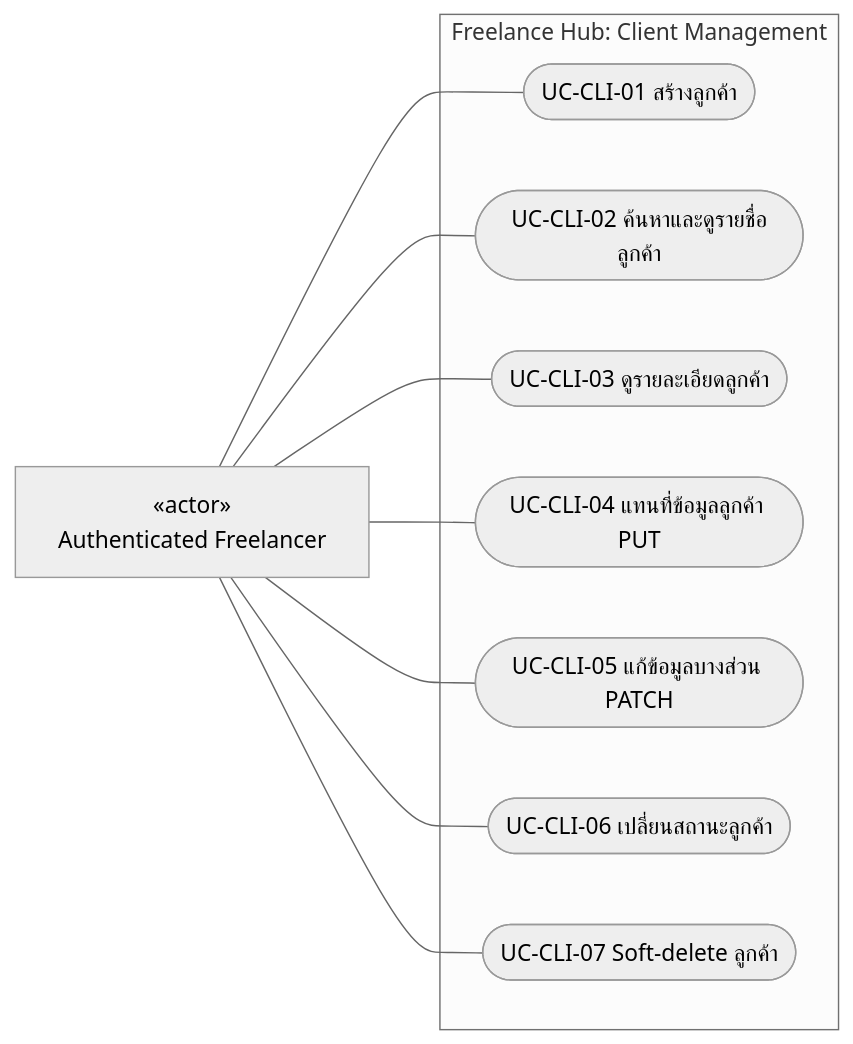
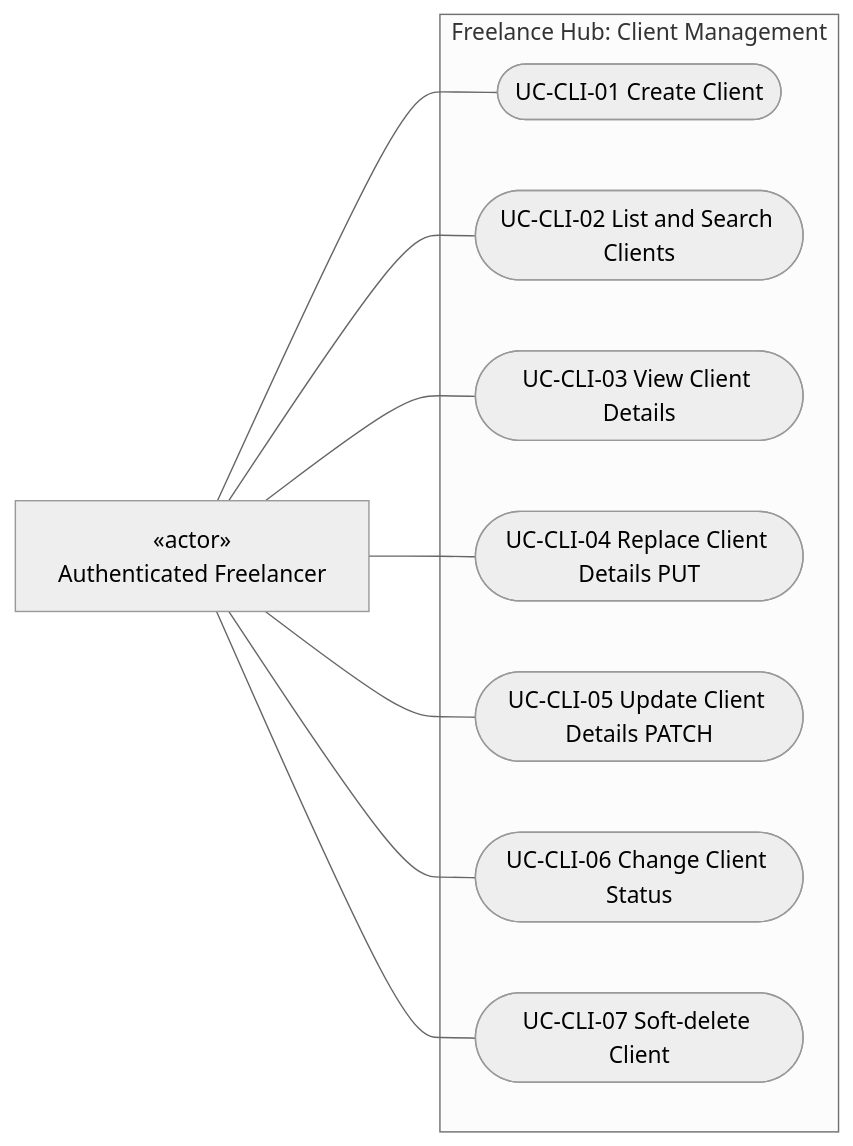
Before and after one commit to lillianxhub/freelance-hub: the second of 5 diagrams in doc/diagrams/use-case-diagram.md, drawn with Mermaid (neutral theme). The commit also changed other lines of this file and 18 other files, not shown here.

Commit message:
docs: sync project documentation, consolidate sequence diagrams and update deployment links

````diff
--- a/doc/diagrams/use-case-diagram.md
+++ b/doc/diagrams/use-case-diagram.md
@@ -44,20 +44,20 @@
 ```mermaid
 flowchart LR
     F["«actor»<br/>Authenticated Freelancer"]
     subgraph CLI["Freelance Hub: Client Management"]
-        C1(["UC-CLI-01 สร้างลูกค้า"])
-        C2(["UC-CLI-02 ค้นหาและดูรายชื่อลูกค้า"])
-        C3(["UC-CLI-03 ดูรายละเอียดลูกค้า"])
-        C4(["UC-CLI-04 แทนที่ข้อมูลลูกค้า PUT"])
-        C5(["UC-CLI-05 แก้ข้อมูลบางส่วน PATCH"])
-        C6(["UC-CLI-06 เปลี่ยนสถานะลูกค้า"])
-        C7(["UC-CLI-07 Soft-delete ลูกค้า"])
+        C1(["UC-CLI-01 Create Client"])
+        C2(["UC-CLI-02 List and Search Clients"])
+        C3(["UC-CLI-03 View Client Details"])
+        C4(["UC-CLI-04 Replace Client Details PUT"])
+        C5(["UC-CLI-05 Update Client Details PATCH"])
+        C6(["UC-CLI-06 Change Client Status"])
+        C7(["UC-CLI-07 Soft-delete Client"])
     end
     F --- C1
     F --- C2
     F --- C3
     F --- C4
     F --- C5
     F --- C6
     F --- C7
 ```
````
